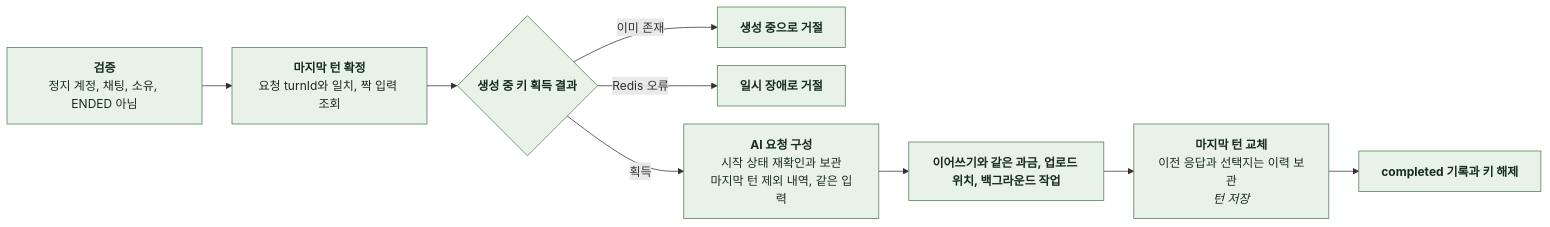
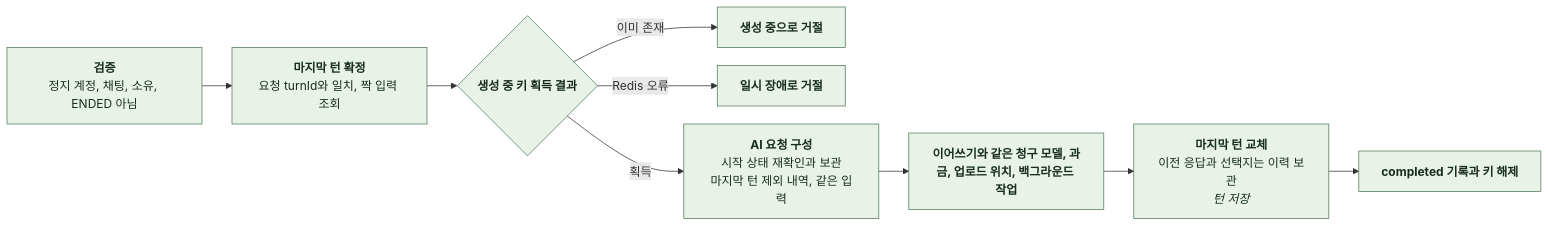
One commit to KIM-N-KANG/knk-harness changed the sixth of 15 diagrams in docs/domain/CHAT/BACKEND/4-1-PIPELINES.md. Above: the diagram before and after it, drawn with Mermaid. The commit also changed other lines of this file and 27 other files, not shown here.

````diff
--- a/docs/domain/CHAT/BACKEND/4-1-PIPELINES.md
+++ b/docs/domain/CHAT/BACKEND/4-1-PIPELINES.md
@@ -347,20 +357,20 @@
 ```mermaid
 %%{init: {"flowchart": {"curve": "basis", "nodeSpacing": 24, "rankSpacing": 40}}}%%
 flowchart LR
     A["`**검증**
 정지 계정, 채팅, 소유, ENDED 아님`"] --> B["`**마지막 턴 확정**
 요청 turnId와 일치, 짝 입력 조회`"]
     B --> L{"`**생성 중 키 획득 결과**`"}
     L -->|이미 존재| Z["`**생성 중으로 거절**`"]
     L -->|Redis 오류| W["`**일시 장애로 거절**`"]
     L -->|획득| C["`**AI 요청 구성**
 시작 상태 재확인과 보관
 마지막 턴 제외 내역, 같은 입력`"]
-    C --> D["`**이어쓰기와 같은 과금, 업로드 위치, 백그라운드 작업**`"]
+    C --> D["`**이어쓰기와 같은 청구 모델, 과금, 업로드 위치, 백그라운드 작업**`"]
     D --> E["`**마지막 턴 교체**
 이전 응답과 선택지는 이력 보관
 *턴 저장*`"]
     E --> F["`**completed 기록과 키 해제**`"]
     classDef comp fill:#E8F2E8,stroke:#527A59,color:#182D1D
     class A,B,L,Z,W,C,D,E,F comp
 ```
````
